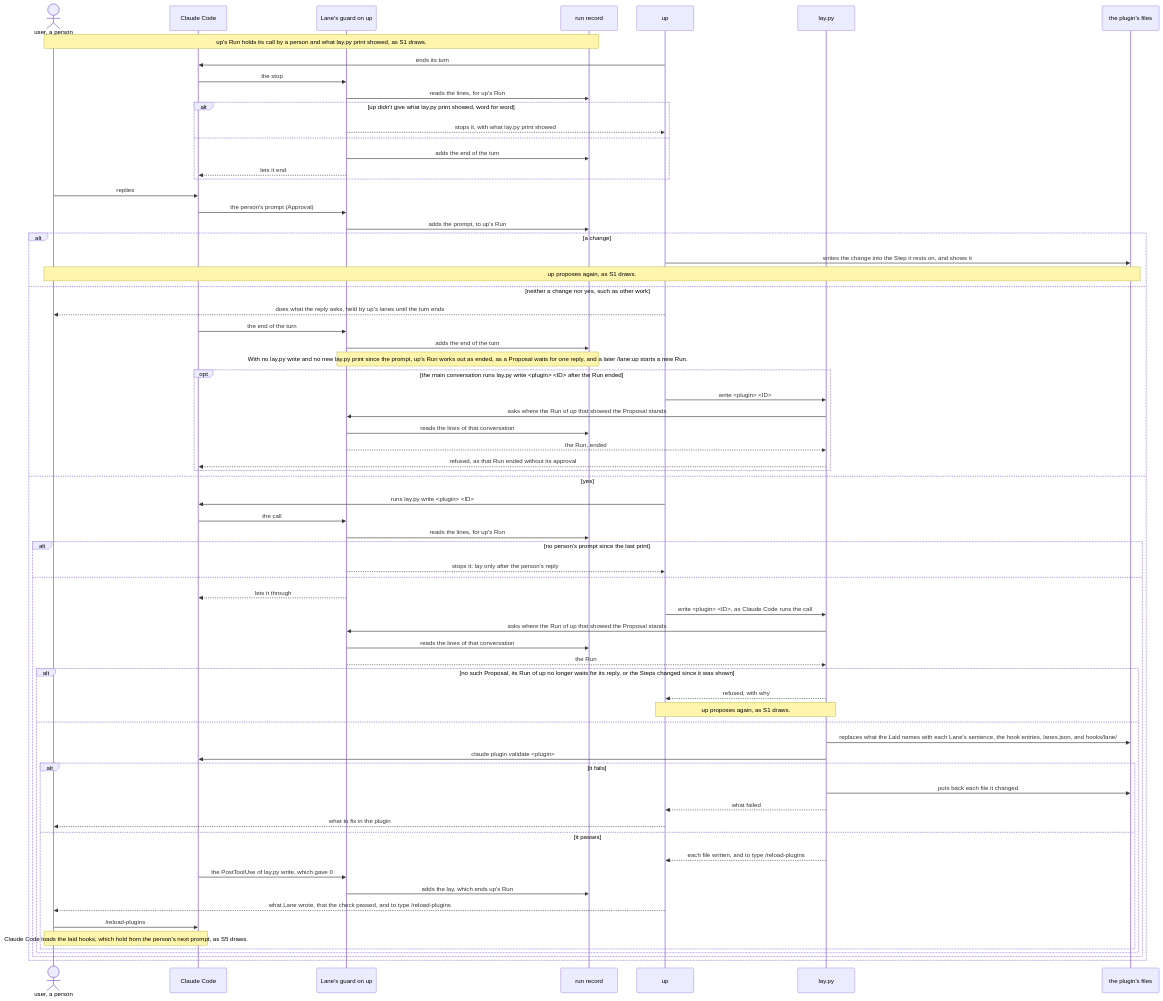
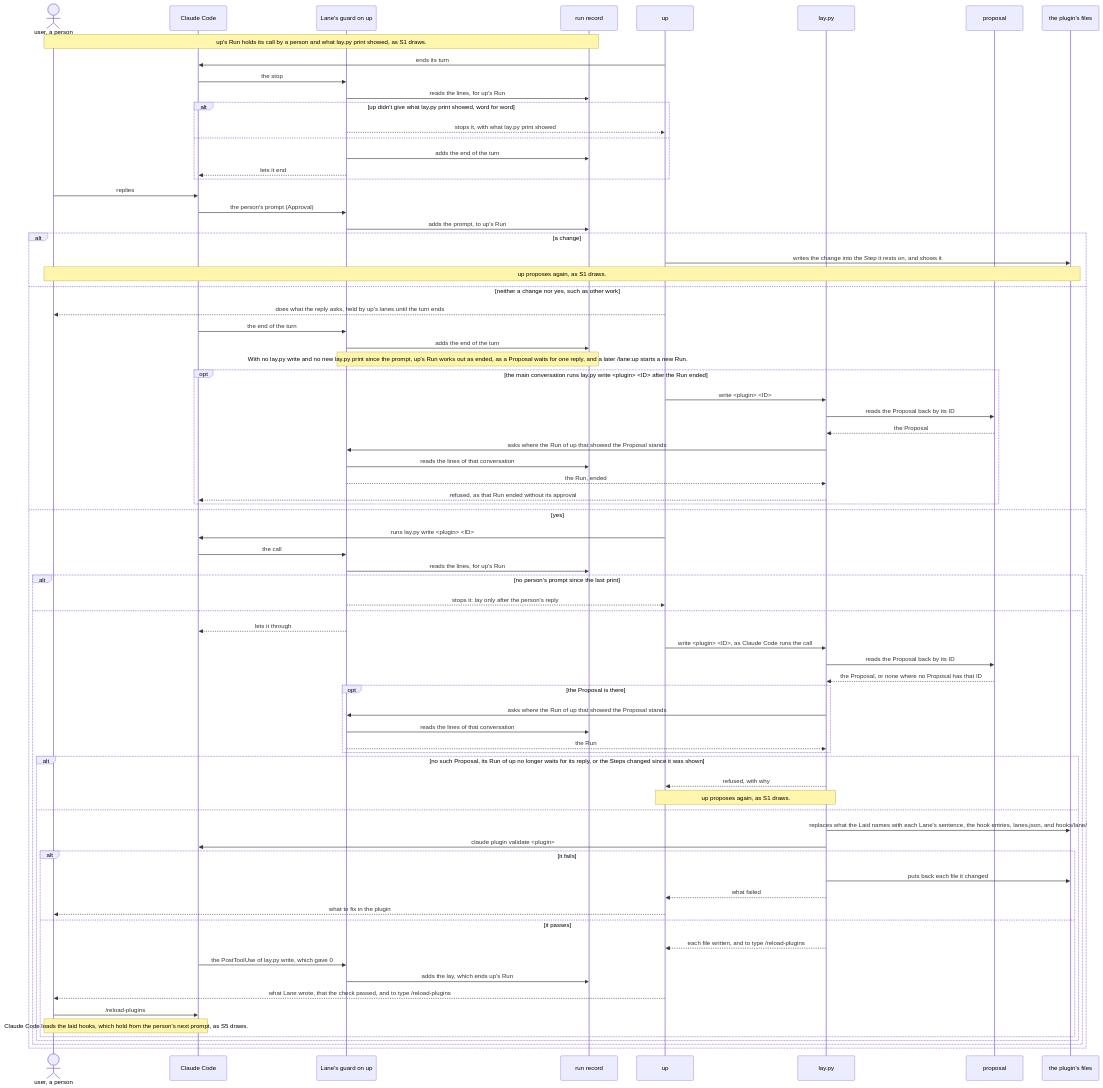
One commit to lovaizu/ccpm changed the second of 7 diagrams in dev/lane/architecture.md. Above: the diagram before and after it, drawn with Mermaid. The commit also changed other lines of this file and 1 other file, not shown here.

First line of the commit message:
lane's architecture: lay.py keeps each Proposal by its ID in the proposal store and lay.py write reads it back by that ID, and lanes.json names each adapter beside the Laid

````diff
--- a/dev/lane/architecture.md
+++ b/dev/lane/architecture.md
@@ -454,71 +456,78 @@
 ```mermaid
 sequenceDiagram
   actor U as user, a person
   participant CC as Claude Code
   participant G as Lane's guard on up
   participant RS as run record
   participant UP as up
   participant L as lay.py
+  participant P as proposal
   participant F as the plugin's files
   Note over U,RS: up's Run holds its call by a person and what lay.py print showed, as S1 draws.
   UP->>CC: ends its turn
   CC->>G: the stop
   G->>RS: reads the lines, for up's Run
   alt up didn't give what lay.py print showed, word for word
     G-->>UP: stops it, with what lay.py print showed
   else
     G->>RS: adds the end of the turn
     G-->>CC: lets it end
   end
   U->>CC: replies
   CC->>G: the person's prompt (Approval)
   G->>RS: adds the prompt, to up's Run
   alt a change
     UP->>F: writes the change into the Step it rests on, and shows it
     Note over U,F: up proposes again, as S1 draws.
   else neither a change nor yes, such as other work
     UP-->>U: does what the reply asks, held by up's lanes until the turn ends
     CC->>G: the end of the turn
     G->>RS: adds the end of the turn
     Note over G,RS: With no lay.py write and no new lay.py print since the prompt, up's Run works out as ended, as a Proposal waits for one reply, and a later /lane:up starts a new Run.
     opt the main conversation runs lay.py write <plugin> <ID> after the Run ended
       UP->>L: write <plugin> <ID>
+      L->>P: reads the Proposal back by its ID
+      P-->>L: the Proposal
       L->>G: asks where the Run of up that showed the Proposal stands
       G->>RS: reads the lines of that conversation
       G-->>L: the Run, ended
       L-->>CC: refused, as that Run ended without its approval
     end
   else yes
     UP->>CC: runs lay.py write <plugin> <ID>
     CC->>G: the call
     G->>RS: reads the lines, for up's Run
     alt no person's prompt since the last print
       G-->>UP: stops it: lay only after the person's reply
     else
       G-->>CC: lets it through
       UP->>L: write <plugin> <ID>, as Claude Code runs the call
-      L->>G: asks where the Run of up that showed the Proposal stands
-      G->>RS: reads the lines of that conversation
-      G-->>L: the Run
+      L->>P: reads the Proposal back by its ID
+      P-->>L: the Proposal, or none where no Proposal has that ID
+      opt the Proposal is there
+        L->>G: asks where the Run of up that showed the Proposal stands
+        G->>RS: reads the lines of that conversation
+        G-->>L: the Run
+      end
       alt no such Proposal, its Run of up no longer waits for its reply, or the Steps changed since it was shown
         L-->>UP: refused, with why
         Note over UP,L: up proposes again, as S1 draws.
       else
         L->>F: replaces what the Laid names with each Lane's sentence, the hook entries, lanes.json, and hooks/lane/
         L->>CC: claude plugin validate <plugin>
         alt it fails
           L->>F: puts back each file it changed
           L-->>UP: what failed
           UP-->>U: what to fix in the plugin
         else it passes
           L-->>UP: each file written, and to type /reload-plugins
           CC->>G: the PostToolUse of lay.py write, which gave 0
           G->>RS: adds the lay, which ends up's Run
           UP-->>U: what Lane wrote, that the check passed, and to type /reload-plugins
           U->>CC: /reload-plugins
           Note over U,CC: Claude Code loads the laid hooks, which hold from the person's next prompt, as S5 draws.
         end
       end
     end
   end
 ```
````
